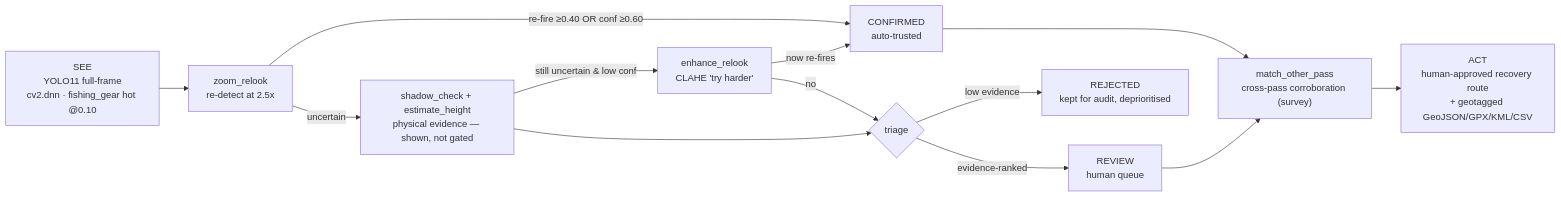
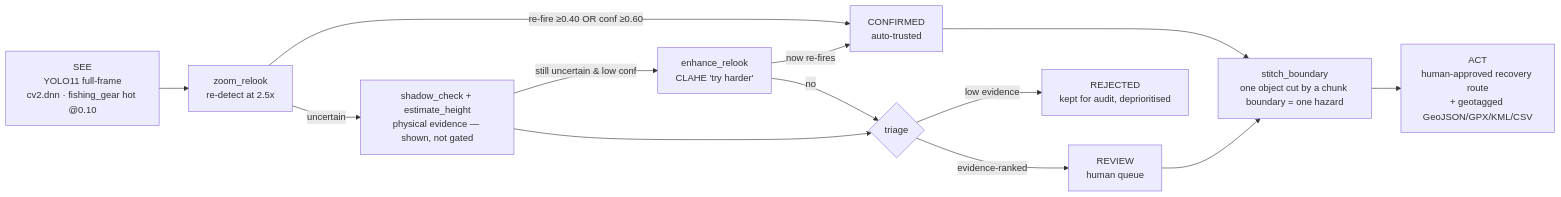
The diagram in docs/agentic_vision.md (madhesh60/depth), drawn with Mermaid before and after one commit. The commit also changed other lines of this file and 17 other files, not shown here.

````diff
--- a/docs/agentic_vision.md
+++ b/docs/agentic_vision.md
@@ -17,15 +17,15 @@
 ```mermaid
 flowchart LR
   SEE["SEE<br/>YOLO11 full-frame<br/>cv2.dnn · fishing_gear hot @0.10"] --> RL["zoom_relook<br/>re-detect at 2.5x"]
   RL -->|"re-fire ≥0.40 OR conf ≥0.60"| CONF["CONFIRMED<br/>auto-trusted"]
   RL -->|uncertain| SH["shadow_check + estimate_height<br/>physical evidence — shown, not gated"]
   SH -->|"still uncertain & low conf"| EN["enhance_relook<br/>CLAHE 'try harder'"]
   EN -->|now re-fires| CONF
   EN -->|no| TRI{triage}
   SH --> TRI
   TRI -->|evidence-ranked| REV["REVIEW<br/>human queue"]
   TRI -->|low evidence| REJ["REJECTED<br/>kept for audit, deprioritised"]
-  CONF --> MP["match_other_pass<br/>cross-pass corroboration (survey)"]
+  CONF --> MP["stitch_boundary<br/>one object cut by a chunk boundary = one hazard"]
   REV --> MP
   MP --> ACT["ACT<br/>human-approved recovery route<br/>+ geotagged GeoJSON/GPX/KML/CSV"]
 ```
````
